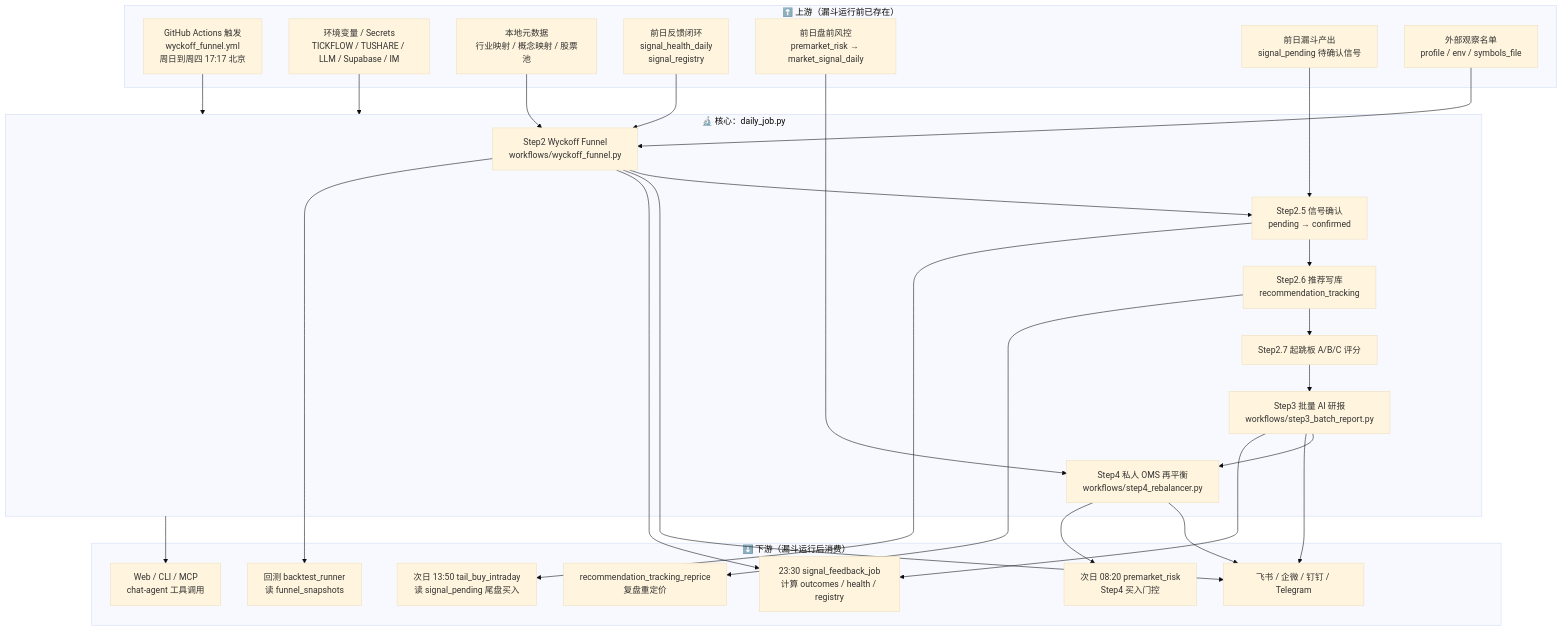
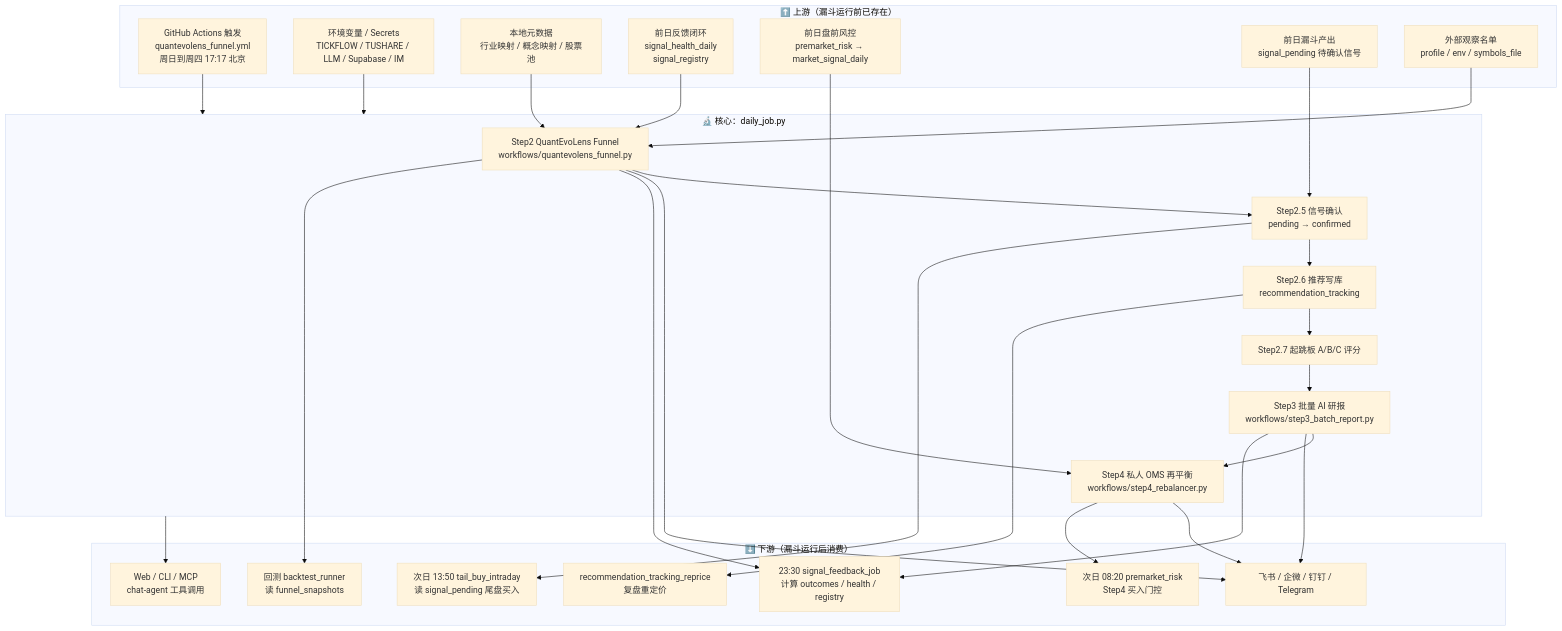
The first of 7 diagrams in docs/A_SHARE_FUNNEL_FLOW.md (crystallatsyrc/wyckoff-agent-harness), drawn with Mermaid (base theme) before and after one commit. The commit also changed other lines of this file and 228 other files, not shown here.

Commit message:
Rename project to QuantEvoLens

````diff
--- a/docs/A_SHARE_FUNNEL_FLOW.md
+++ b/docs/A_SHARE_FUNNEL_FLOW.md
@@ -11,53 +11,53 @@
 ```mermaid
 flowchart TB
     subgraph UPSTREAM["⬆️ 上游（漏斗运行前已存在）"]
-        U1["GitHub Actions 触发<br/>wyckoff_funnel.yml<br/>周日到周四 17:17 北京"]
+        U1["GitHub Actions 触发<br/>quantevolens_funnel.yml<br/>周日到周四 17:17 北京"]
         U2["环境变量 / Secrets<br/>TICKFLOW / TUSHARE / LLM / Supabase / IM"]
         U3["本地元数据<br/>行业映射 / 概念映射 / 股票池"]
         U4["前日反馈闭环<br/>signal_health_daily<br/>signal_registry"]
         U5["前日盘前风控<br/>premarket_risk → market_signal_daily"]
         U6["前日漏斗产出<br/>signal_pending 待确认信号"]
         U7["外部观察名单<br/>profile / env / symbols_file"]
     end
 
     subgraph CORE["🔬 核心：daily_job.py"]
-        S2["Step2 Wyckoff Funnel<br/>workflows/wyckoff_funnel.py"]
+        S2["Step2 QuantEvoLens Funnel<br/>workflows/quantevolens_funnel.py"]
         S25["Step2.5 信号确认<br/>pending → confirmed"]
         S26["Step2.6 推荐写库<br/>recommendation_tracking"]
         S27["Step2.7 起跳板 A/B/C 评分"]
         S3["Step3 批量 AI 研报<br/>workflows/step3_batch_report.py"]
         S4["Step4 私人 OMS 再平衡<br/>workflows/step4_rebalancer.py"]
     end
 
     subgraph DOWNSTREAM["⬇️ 下游（漏斗运行后消费）"]
         D1["23:30 signal_feedback_job<br/>计算 outcomes / health / registry"]
         D2["次日 08:20 premarket_risk<br/>Step4 买入门控"]
         D3["次日 13:50 tail_buy_intraday<br/>读 signal_pending 尾盘买入"]
         D4["Web / CLI / MCP<br/>chat-agent 工具调用"]
         D5["回测 backtest_runner<br/>读 funnel_snapshots"]
         D6["recommendation_tracking_reprice<br/>复盘重定价"]
         D7["飞书 / 企微 / 钉钉 / Telegram"]
     end
 
     U1 --> CORE
     U2 --> CORE
     U3 --> S2
     U4 --> S2
     U5 --> S4
     U6 --> S25
     U7 --> S2
 
     S2 --> S25 --> S26 --> S27 --> S3 --> S4
 
     S2 --> D7
     S3 --> D7
     S4 --> D7
 
     S2 --> D1
     S3 --> D1
     S4 --> D2
     S25 --> D3
     S26 --> D6
     S2 --> D5
     CORE --> D4
 ```
````
